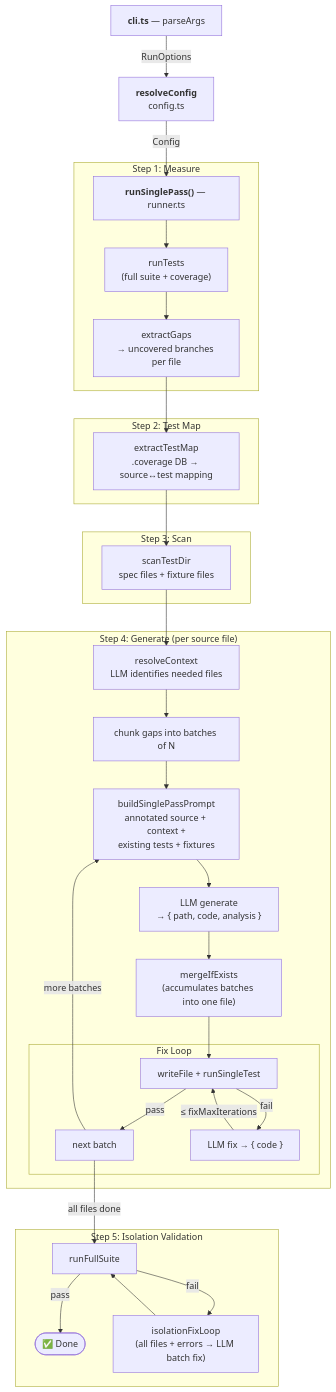
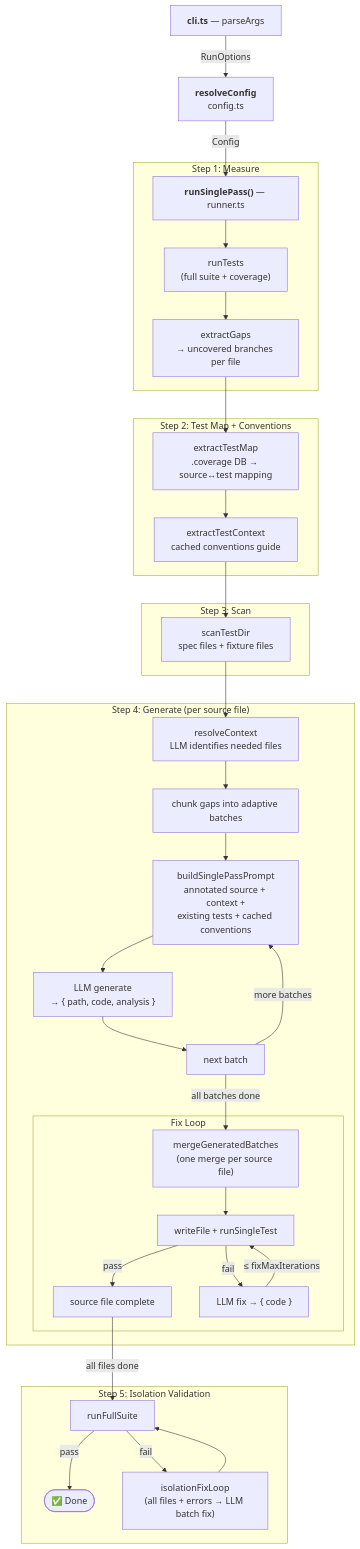
Before and after one commit to Azure/azure-sdk-for-js: the diagram in common/tools/test-gen/README.md, drawn with Mermaid. The commit also changed other lines of this file and 2 other files, not shown here.

First line of the commit message:
test-gen: reduce generation and prompt overhead

````diff
--- a/common/tools/test-gen/README.md
+++ b/common/tools/test-gen/README.md
@@ -192,42 +195,43 @@
 ```mermaid
 flowchart TD
     CLI["<b>cli.ts</b> — parseArgs"] -- "RunOptions" --> RC["<b>resolveConfig</b><br/>config.ts"]
     RC -- "Config" --> SP["<b>runSinglePass()</b> — runner.ts"]
 
     subgraph MEASURE["Step 1: Measure"]
         SP --> RT["runTests<br/>(full suite + coverage)"]
         RT --> EG["extractGaps<br/>→ uncovered branches per file"]
     end
 
-    subgraph MAP["Step 2: Test Map"]
+    subgraph MAP["Step 2: Test Map + Conventions"]
         EG --> TM["extractTestMap<br/>.coverage DB → source↔test mapping"]
+        TM --> TC["extractTestContext<br/>cached conventions guide"]
     end
 
     subgraph SCAN["Step 3: Scan"]
-        TM --> SD["scanTestDir<br/>spec files + fixture files"]
+        TC --> SD["scanTestDir<br/>spec files + fixture files"]
     end
 
     subgraph GEN["Step 4: Generate (per source file)"]
         SD --> RC2["resolveContext<br/>LLM identifies needed files"]
-        RC2 --> BATCH["chunk gaps into batches of N"]
-        BATCH --> BP["buildSinglePassPrompt<br/>annotated source + context +<br/>existing tests + fixtures"]
+        RC2 --> BATCH["chunk gaps into adaptive batches"]
+        BATCH --> BP["buildSinglePassPrompt<br/>annotated source + context +<br/>existing tests + cached conventions"]
         BP --> LLM["LLM generate<br/>→ { path, code, analysis }"]
-        LLM --> MRG["mergeIfExists<br/>(accumulates batches into one file)"]
-        MRG --> WF
+        LLM --> NEXT["next batch"]
+        NEXT -- "more batches" --> BP
+        NEXT -- "all batches done" --> MRG["mergeGeneratedBatches<br/>(one merge per source file)"]
 
         subgraph FIX["Fix Loop"]
-            WF["writeFile + runSingleTest"] -- "pass" --> NEXT
+            MRG --> WF["writeFile + runSingleTest"]
+            WF -- "pass" --> DONEFILE["source file complete"]
             WF -- "fail" --> FIXLLM["LLM fix → { code }"]
             FIXLLM -- "≤ fixMaxIterations" --> WF
         end
-
-        NEXT["next batch"] -- "more batches" --> BP
     end
 
     subgraph VALIDATE["Step 5: Isolation Validation"]
-        NEXT -- "all files done" --> FULL["runFullSuite"]
+        DONEFILE -- "all files done" --> FULL["runFullSuite"]
         FULL -- "pass" --> DONE(["✅ Done"])
         FULL -- "fail" --> IFIX["isolationFixLoop<br/>(all files + errors → LLM batch fix)"]
         IFIX --> FULL
     end
 ```
````
